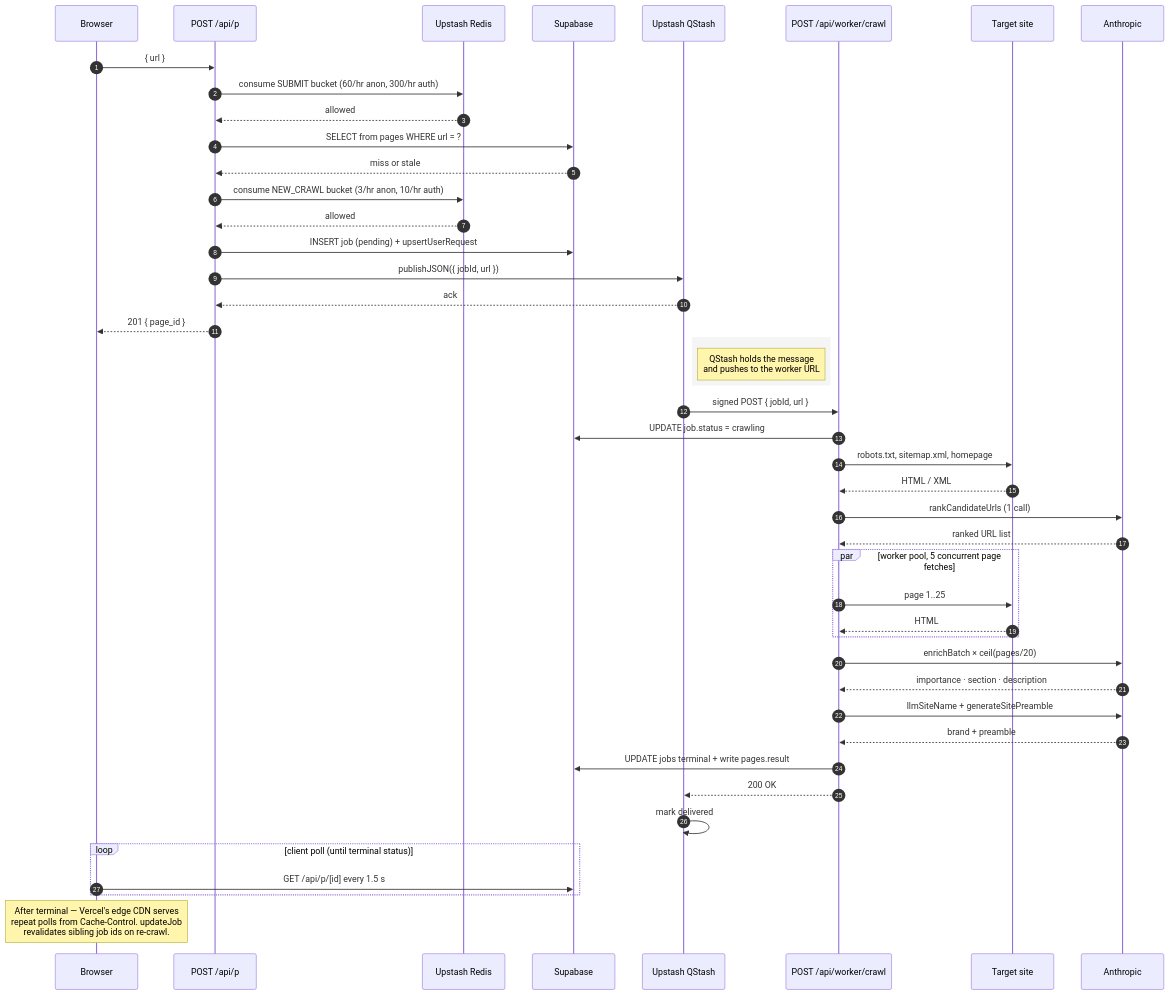
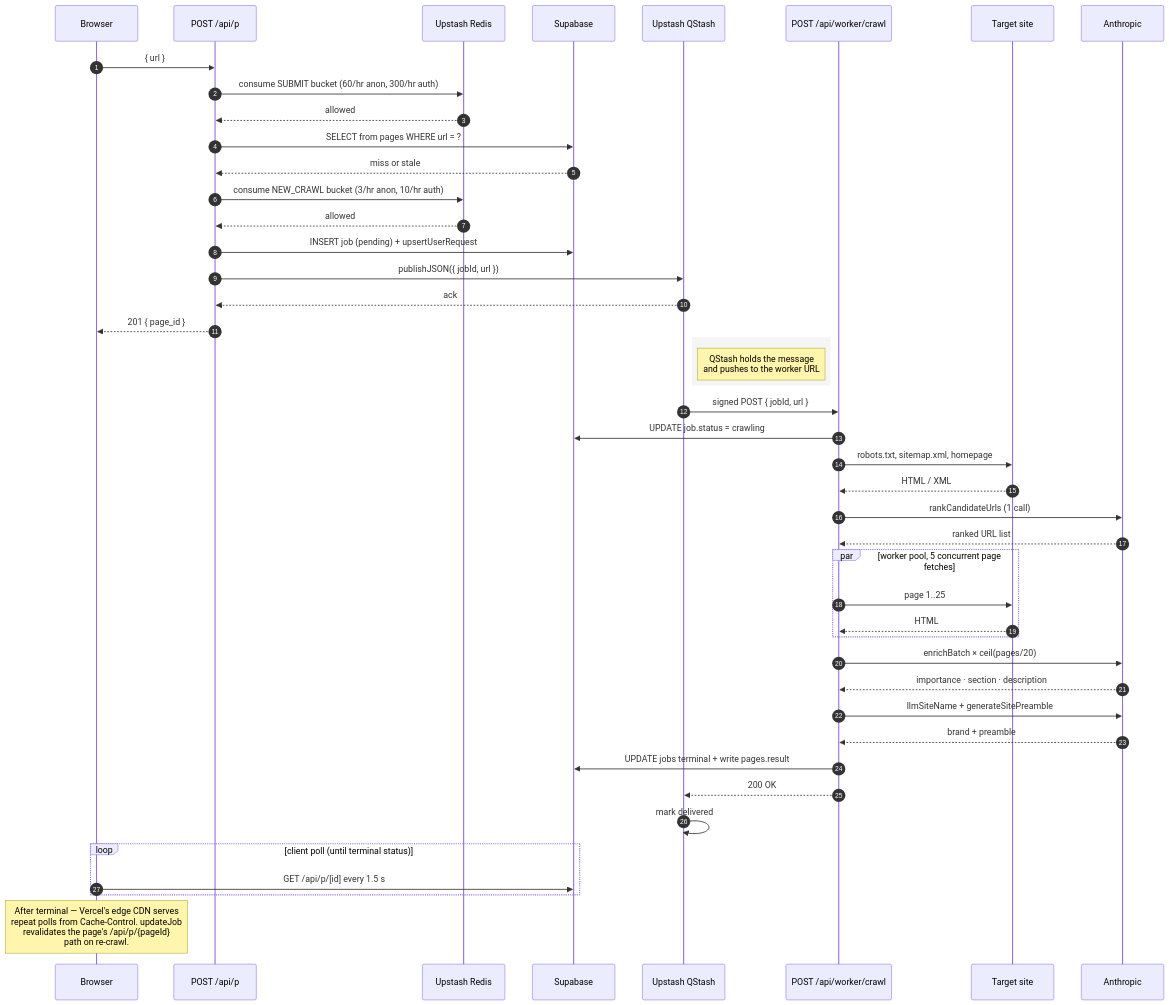
The second of 2 diagrams in docs/SYSTEM-DESIGN.md (adrewh2/llm-text-generator), drawn with Mermaid before and after one commit. The commit also changed other lines of this file and 59 other files, not shown here.

First line of the commit message:
Page-UUID routing, language-aware crawl, unified nav (#15)

````diff
--- a/docs/SYSTEM-DESIGN.md
+++ b/docs/SYSTEM-DESIGN.md
@@ -79,57 +79,57 @@
 ```mermaid
 sequenceDiagram
     autonumber
     participant U as Browser
     participant P as POST /api/p
     participant R as Upstash Redis
     participant DB as Supabase
     participant Q as Upstash QStash
     participant W as POST /api/worker/crawl
     participant T as Target site
     participant A as Anthropic
 
     U->>P: { url }
     P->>R: consume SUBMIT bucket (60/hr anon, 300/hr auth)
     R-->>P: allowed
     P->>DB: SELECT from pages WHERE url = ?
     DB-->>P: miss or stale
     P->>R: consume NEW_CRAWL bucket (3/hr anon, 10/hr auth)
     R-->>P: allowed
     P->>DB: INSERT job (pending) + upsertUserRequest
     P->>Q: publishJSON({ jobId, url })
     Q-->>P: ack
     P-->>U: 201 { page_id }
 
     rect rgb(245,245,245)
         note right of Q: QStash holds the message<br/>and pushes to the worker URL
     end
 
     Q->>W: signed POST { jobId, url }
     W->>DB: UPDATE job.status = crawling
 
     W->>T: robots.txt, sitemap.xml, homepage
     T-->>W: HTML / XML
 
     W->>A: rankCandidateUrls (1 call)
     A-->>W: ranked URL list
 
     par worker pool, 5 concurrent page fetches
         W->>T: page 1..25
         T-->>W: HTML
     end
 
     W->>A: enrichBatch × ceil(pages/20)
     A-->>W: importance · section · description
     W->>A: llmSiteName + generateSitePreamble
     A-->>W: brand + preamble
 
     W->>DB: UPDATE jobs terminal + write pages.result
     W-->>Q: 200 OK
     Q->>Q: mark delivered
 
     loop client poll (until terminal status)
         U->>DB: GET /api/p/[id] every 1.5 s
     end
 
-    note over U: After terminal — Vercel's edge CDN serves<br/>repeat polls from Cache-Control. updateJob<br/>revalidates sibling job ids on re-crawl.
+    note over U: After terminal — Vercel's edge CDN serves<br/>repeat polls from Cache-Control. updateJob<br/>revalidates the page's /api/p/{pageId}<br/>path on re-crawl.
 ```
````
